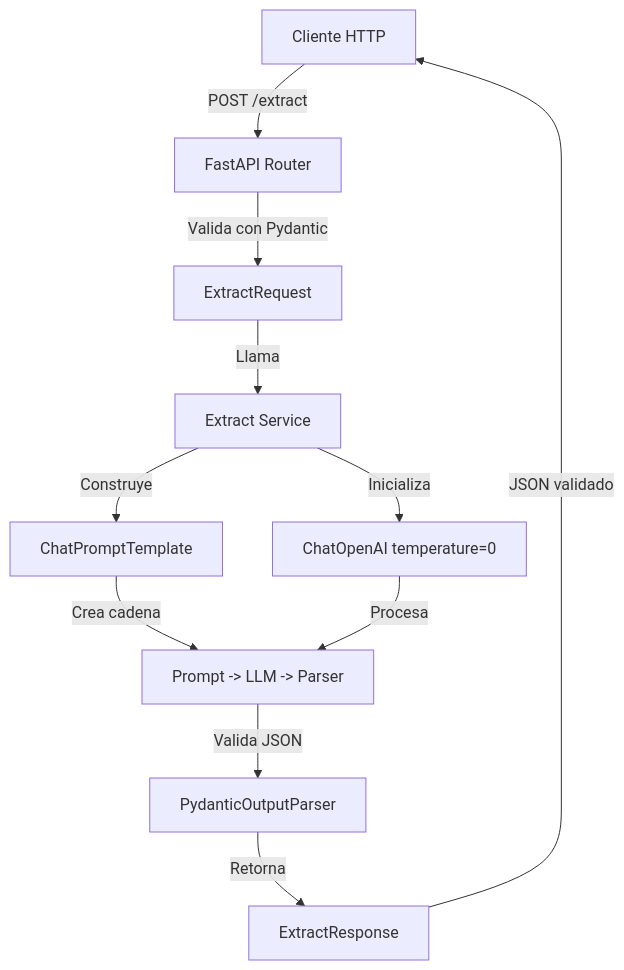
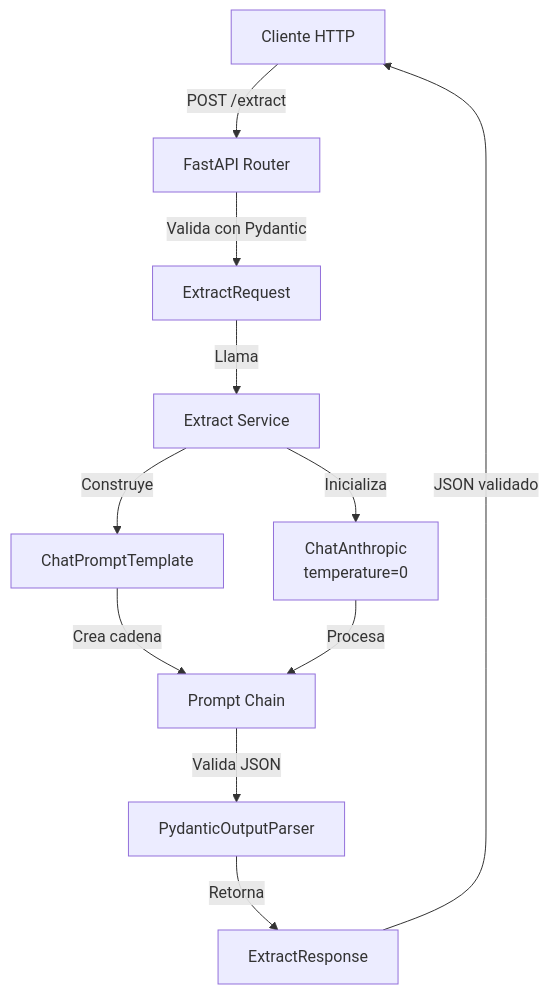
Before and after one commit to yeimibm/comunicacion_cliente_modelo_IA_LLM: the diagram in README.md, drawn with Mermaid. The commit also changed other lines of this file, not shown here.

Commit message:
correccion readme

````diff
--- a/README.md
+++ b/README.md
@@ -20,13 +20,13 @@
 ```mermaid
 graph TD
     A[Cliente HTTP] -->|POST /extract| B[FastAPI Router]
     B -->|Valida con Pydantic| C[ExtractRequest]
     C -->|Llama| D[Extract Service]
     D -->|Construye| E[ChatPromptTemplate]
-    D -->|Inicializa| F[ChatOpenAI temperature=0]
-    E -->|Crea cadena| G[Prompt -> LLM -> Parser]
+    D -->|Inicializa| F[ChatAnthropic<br/>temperature=0]
+    E -->|Crea cadena| G[Prompt Chain]
     F -->|Procesa| G
     G -->|Valida JSON| H[PydanticOutputParser]
     H -->|Retorna| I[ExtractResponse]
     I -->|JSON validado| A
 ```
````
